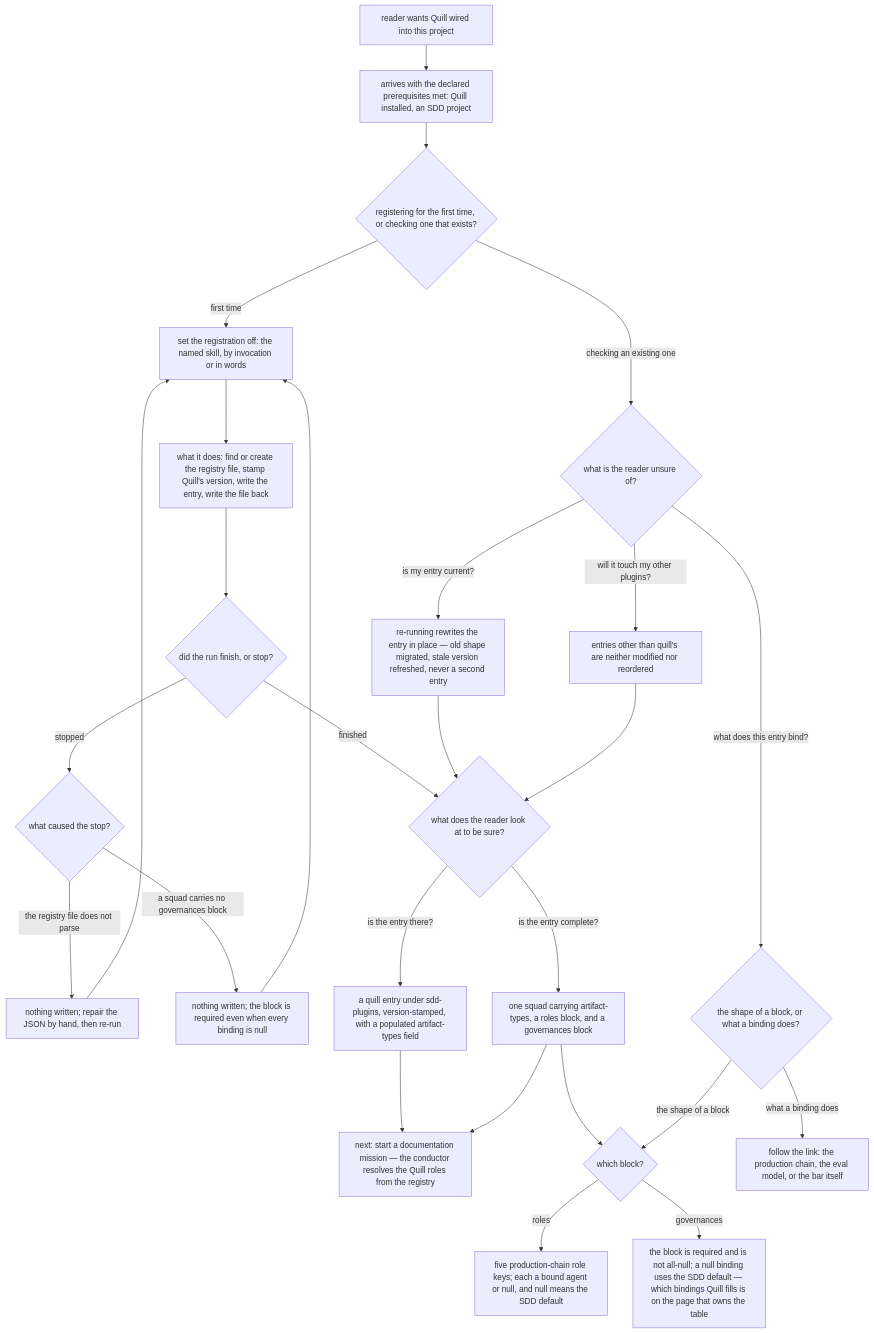
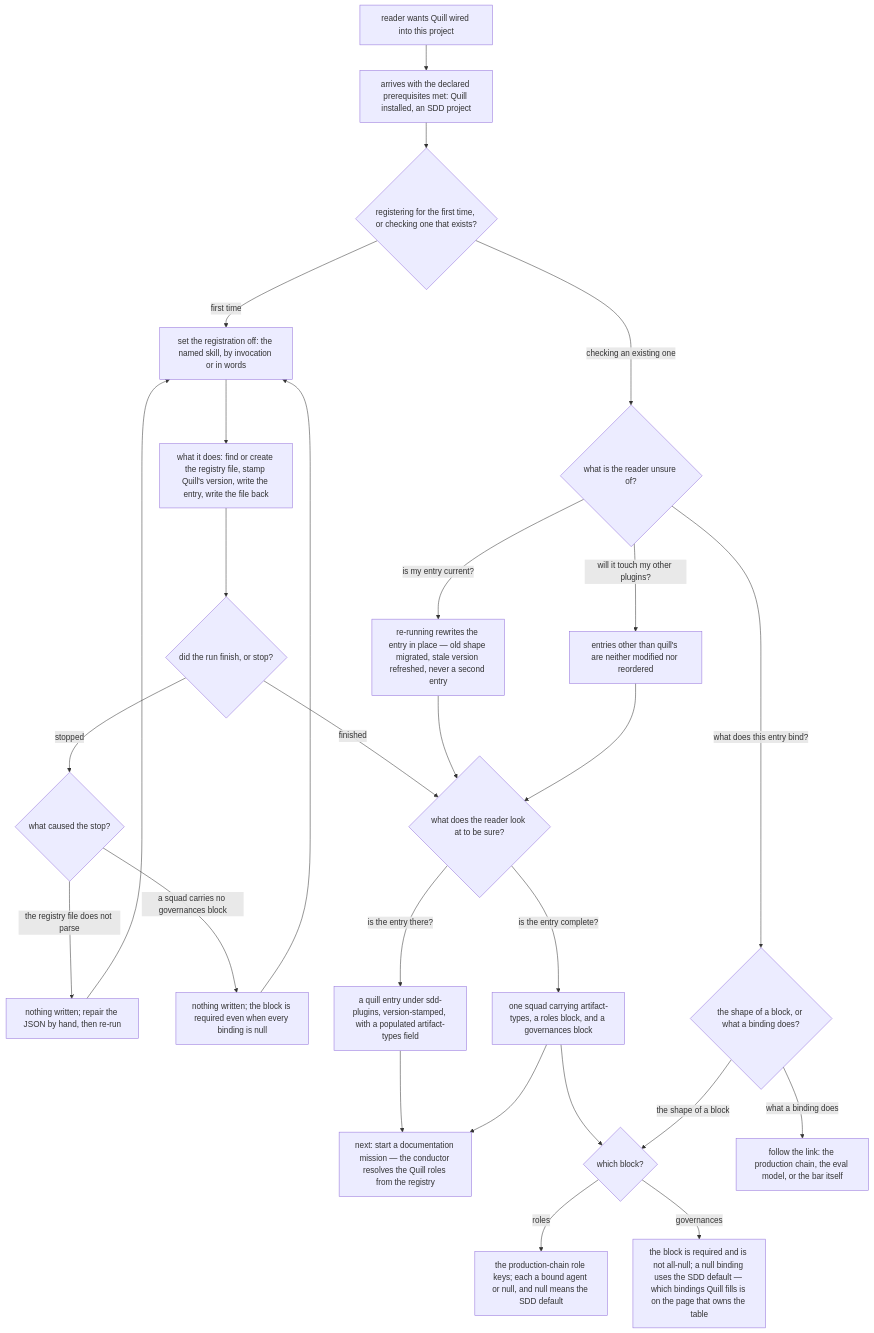
One commit to cyberuni/cyber-skills changed the diagram in apps/website/.agents/spec/content/docs/quill/init-quill/README.md. Above: the diagram before and after it, drawn with Mermaid. The commit also changed other lines of this file and 12 other files, not shown here.

````diff
--- a/apps/website/.agents/spec/content/docs/quill/init-quill/README.md
+++ b/apps/website/.agents/spec/content/docs/quill/init-quill/README.md
@@ -188,34 +200,34 @@
 ```mermaid
 graph TD
   S["reader wants Quill wired into this project"] --> A["arrives with the declared prerequisites met: Quill installed, an SDD project"]
   A --> Q0{registering for the first time, or checking one that exists?}
 
   Q0 -- "first time" --> T["set the registration off: the named skill, by invocation or in words"]
   T --> P["what it does: find or create the registry file, stamp Quill's version, write the entry, write the file back"]
   P --> E{did the run finish, or stop?}
 
   E -- "stopped" --> X{what caused the stop?}
   X -- "the registry file does not parse" --> X1["nothing written; repair the JSON by hand, then re-run"]
   X -- "a squad carries no governances block" --> X2["nothing written; the block is required even when every binding is null"]
   X1 --> T
   X2 --> T
 
   E -- "finished" --> C{what does the reader look at to be sure?}
   C -- "is the entry there?" --> C1["a quill entry under sdd-plugins, version-stamped, with a populated artifact-types field"]
   C -- "is the entry complete?" --> C2["one squad carrying artifact-types, a roles block, and a governances block"]
   C1 --> N["next: start a documentation mission — the conductor resolves the Quill roles from the registry"]
   C2 --> N
   C2 --> B0
 
   Q0 -- "checking an existing one" --> V{what is the reader unsure of?}
   V -- "is my entry current?" --> RW["re-running rewrites the entry in place — old shape migrated, stale version refreshed, never a second entry"]
   V -- "will it touch my other plugins?" --> UN["entries other than quill's are neither modified nor reordered"]
   RW --> C
   UN --> C
   V -- "what does this entry bind?" --> B{the shape of a block, or what a binding does?}
 
   B -- "the shape of a block" --> B0{which block?}
-  B0 -- "roles" --> B2["five production-chain role keys; each a bound agent or null, and null means the SDD default"]
+  B0 -- "roles" --> B2["the production-chain role keys; each a bound agent or null, and null means the SDD default"]
   B0 -- "governances" --> B3["the block is required and is not all-null; a null binding uses the SDD default — which bindings Quill fills is on the page that owns the table"]
   B -- "what a binding does" --> B4["follow the link: the production chain, the eval model, or the bar itself"]
 ```
````
